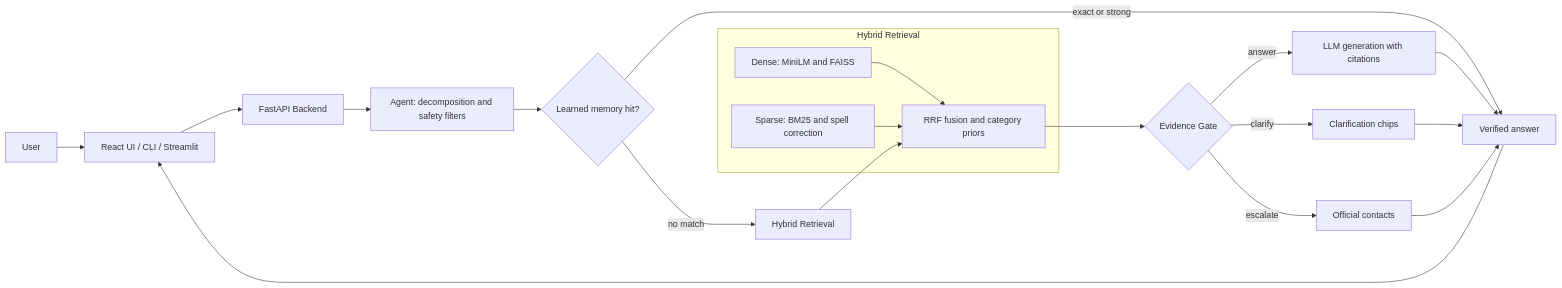
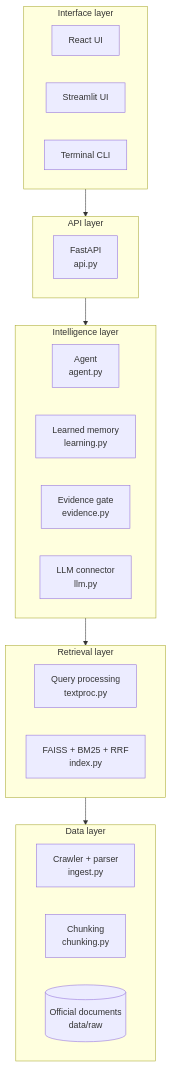
One commit to nikunj555/JKLU-Admission-Chatbot changed the second of 4 diagrams in README.md. Above: the diagram before and after it, drawn with Mermaid. The commit also changed other lines of this file, not shown here.

````diff
--- a/README.md
+++ b/README.md
@@ -127,26 +73,32 @@
 ```mermaid
-flowchart LR
-    U["User"] --> FE["React UI / CLI / Streamlit"]
-    FE --> API["FastAPI Backend"]
-    API --> AG["Agent: decomposition and safety filters"]
-    AG --> LM{"Learned memory hit?"}
-    LM -- "exact or strong" --> OUT["Verified answer"]
-    LM -- "no match" --> RET["Hybrid Retrieval"]
-
-    subgraph RETR["Hybrid Retrieval"]
-        D["Dense: MiniLM and FAISS"]
-        S["Sparse: BM25 and spell correction"]
-        D --> RRF["RRF fusion and category priors"]
-        S --> RRF
+flowchart TB
+    subgraph L1["Interface layer"]
+        UI["React UI"]
+        ST["Streamlit UI"]
+        CLI["Terminal CLI"]
     end
 
-    RET --> RRF
-    RRF --> EG{"Evidence Gate"}
-    EG -- "answer" --> GEN["LLM generation with citations"]
-    EG -- "clarify" --> CL["Clarification chips"]
-    EG -- "escalate" --> ES["Official contacts"]
-    GEN --> OUT
-    CL --> OUT
-    ES --> OUT
-    OUT --> FE
+    subgraph L2["API layer"]
+        API["FastAPI<br/>api.py"]
+    end
+
+    subgraph L3["Intelligence layer"]
+        AG["Agent<br/>agent.py"]
+        LRN["Learned memory<br/>learning.py"]
+        EV["Evidence gate<br/>evidence.py"]
+        LLM["LLM connector<br/>llm.py"]
+    end
+
+    subgraph L4["Retrieval layer"]
+        TP["Query processing<br/>textproc.py"]
+        IDX["FAISS + BM25 + RRF<br/>index.py"]
+    end
+
+    subgraph L5["Data layer"]
+        ING["Crawler + parser<br/>ingest.py"]
+        CHK["Chunking<br/>chunking.py"]
+        DATA[("Official documents<br/>data/raw")]
+    end
+
+    L1 --> L2 --> L3 --> L4 --> L5
 ```
````
